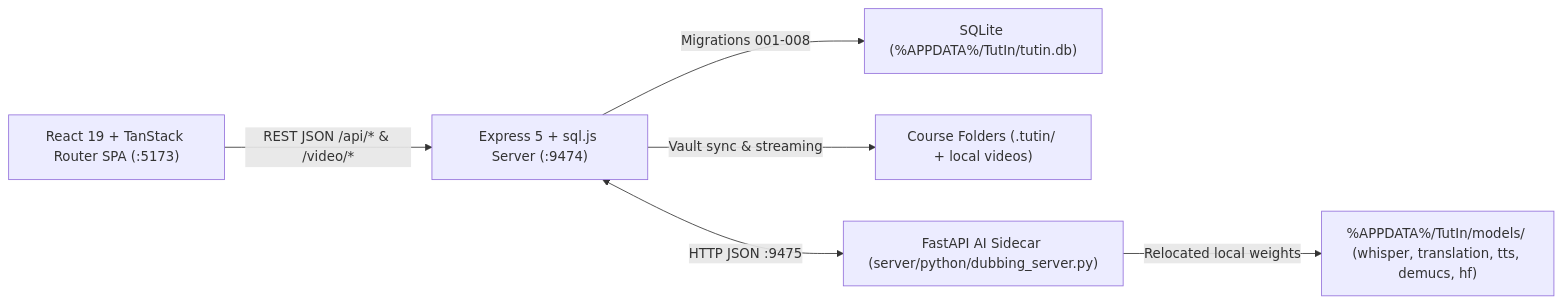
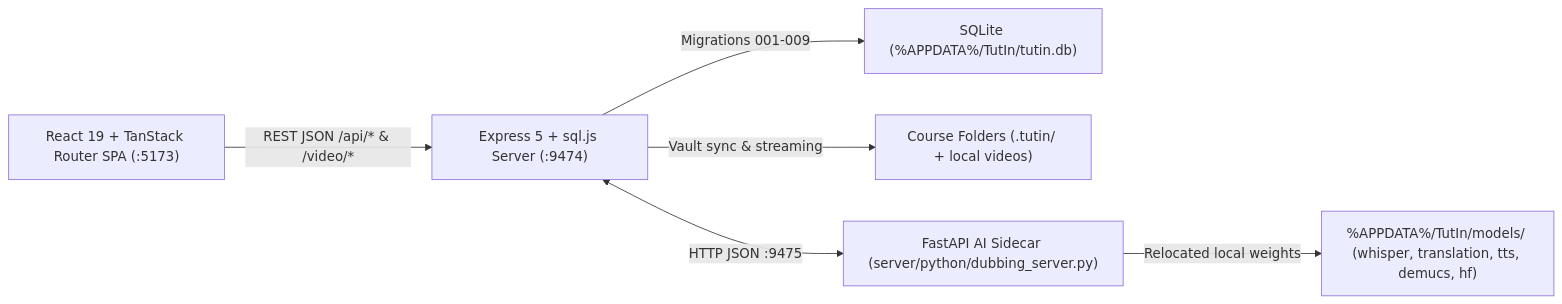
The diagram in docs/ARCHITECTURE.md (noureldenadel/TutIn), drawn with Mermaid before and after one commit. The commit also changed other lines of this file and 31 other files, not shown here.

````diff
--- a/docs/ARCHITECTURE.md
+++ b/docs/ARCHITECTURE.md
@@ -5,8 +5,8 @@
 ```mermaid
 flowchart LR
     Client["React 19 + TanStack Router SPA (:5173)"] -->|"REST JSON /api/* & /video/*"| Server["Express 5 + sql.js Server (:9474)"]
-    Server -->|"Migrations 001-008"| DB["SQLite (%APPDATA%/TutIn/tutin.db)"]
+    Server -->|"Migrations 001-009"| DB["SQLite (%APPDATA%/TutIn/tutin.db)"]
     Server -->|"Vault sync & streaming"| Vault["Course Folders (.tutin/ + local videos)"]
     Server <-->|"HTTP JSON :9475"| PythonAI["FastAPI AI Sidecar (server/python/dubbing_server.py)"]
     PythonAI -->|"Relocated local weights"| Models["%APPDATA%/TutIn/models/ (whisper, translation, tts, demucs, hf)"]
 ```
````
